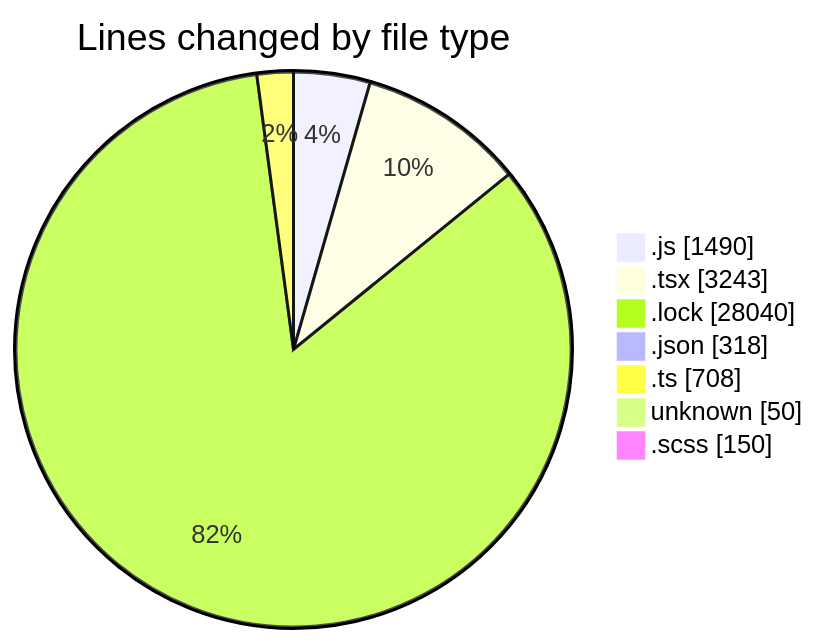
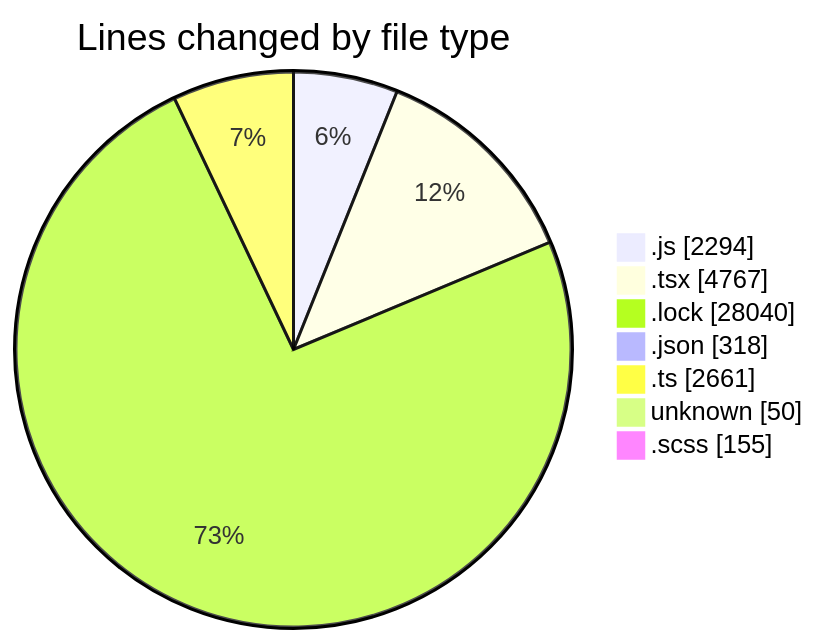
One commit to momahboobian/code-tracking changed the first of 2 diagrams in 2026-06-16/cda/README.md. Above: the diagram before and after it, drawn with Mermaid. The commit also changed other lines of this file and 1 other file, not shown here.

````diff
--- a/2026-06-16/cda/README.md
+++ b/2026-06-16/cda/README.md
@@ -48,11 +67,11 @@
 ```mermaid
 pie showData
 title Lines changed by file type
-".js" : 1490
-".tsx" : 3243
+".js" : 2294
+".tsx" : 4767
 ".lock" : 28040
 ".json" : 318
-".ts" : 708
+".ts" : 2661
 "unknown" : 50
-".scss" : 150
+".scss" : 155
 ```
````
